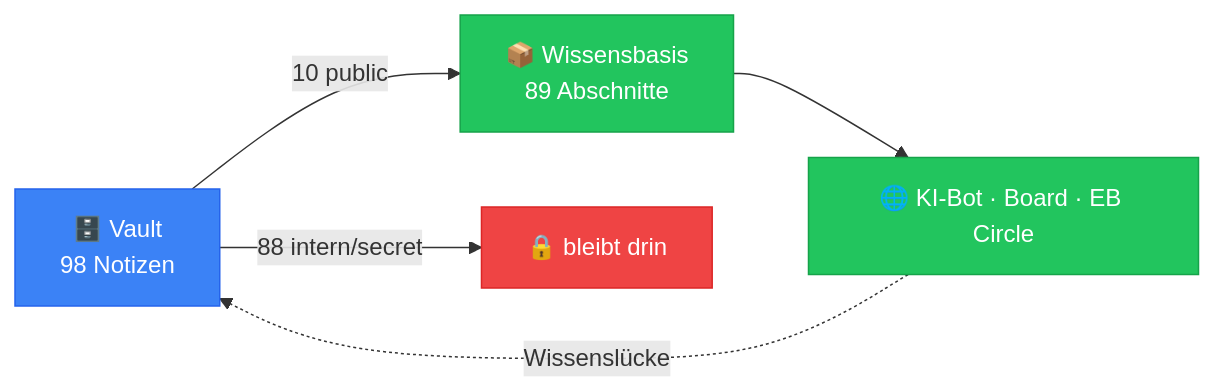
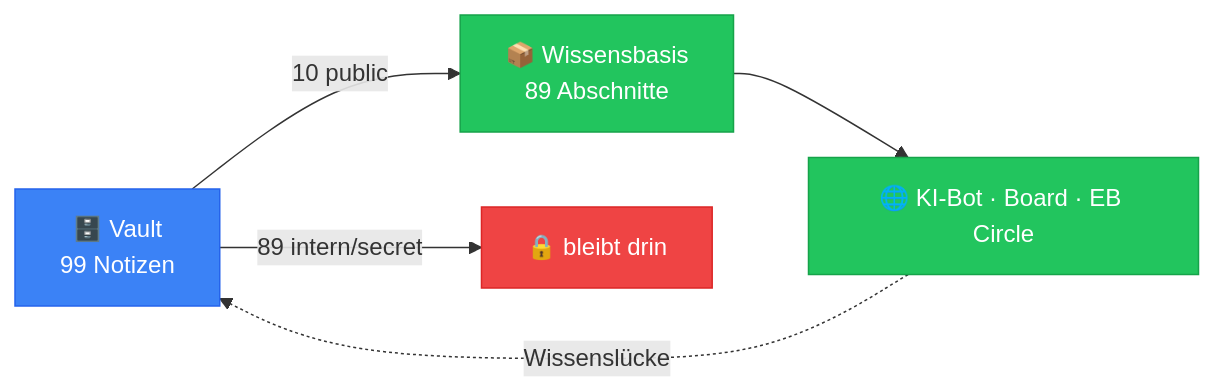
The diagram in vault/00-Kern/Impuls-Strom.md (Sabindro53/eventboerse), drawn with Mermaid before and after one commit. The commit also changed other lines of this file and 13 other files, not shown here.

````diff
--- a/vault/00-Kern/Impuls-Strom.md
+++ b/vault/00-Kern/Impuls-Strom.md
@@ -37,13 +37,13 @@
 ```mermaid
 graph LR
-  V["🗄️ Vault<br/>98 Notizen"] -->|"10 public"| K["📦 Wissensbasis<br/>89 Abschnitte"]
-  V -->|"88 intern/secret"| X["🔒 bleibt drin"]
+  V["🗄️ Vault<br/>99 Notizen"] -->|"10 public"| K["📦 Wissensbasis<br/>89 Abschnitte"]
+  V -->|"89 intern/secret"| X["🔒 bleibt drin"]
   K --> W["🌐 KI-Bot · Board · EB Circle"]
   W -.->|"Wissenslücke"| V
   classDef ok fill:#22c55e,stroke:#16a34a,color:#fff
   classDef block fill:#ef4444,stroke:#dc2626,color:#fff
   classDef sys fill:#3b82f6,stroke:#2563eb,color:#fff
   class K,W ok
   class X block
   class V sys
 ```
````
